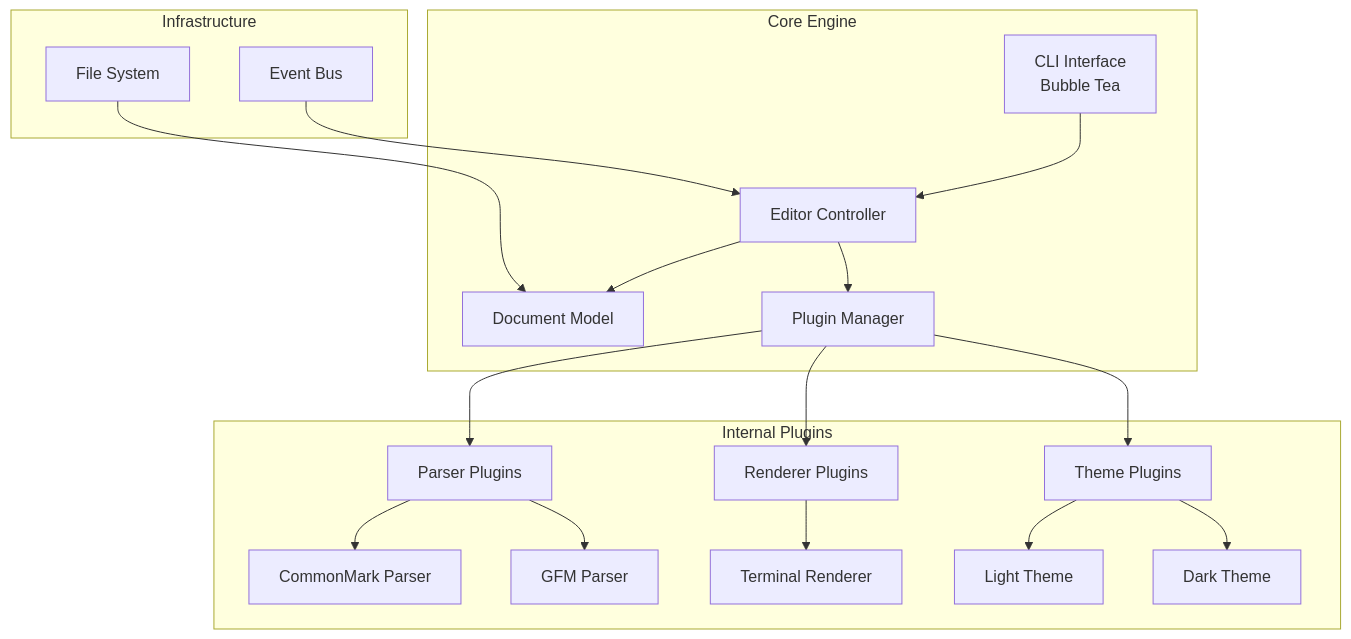
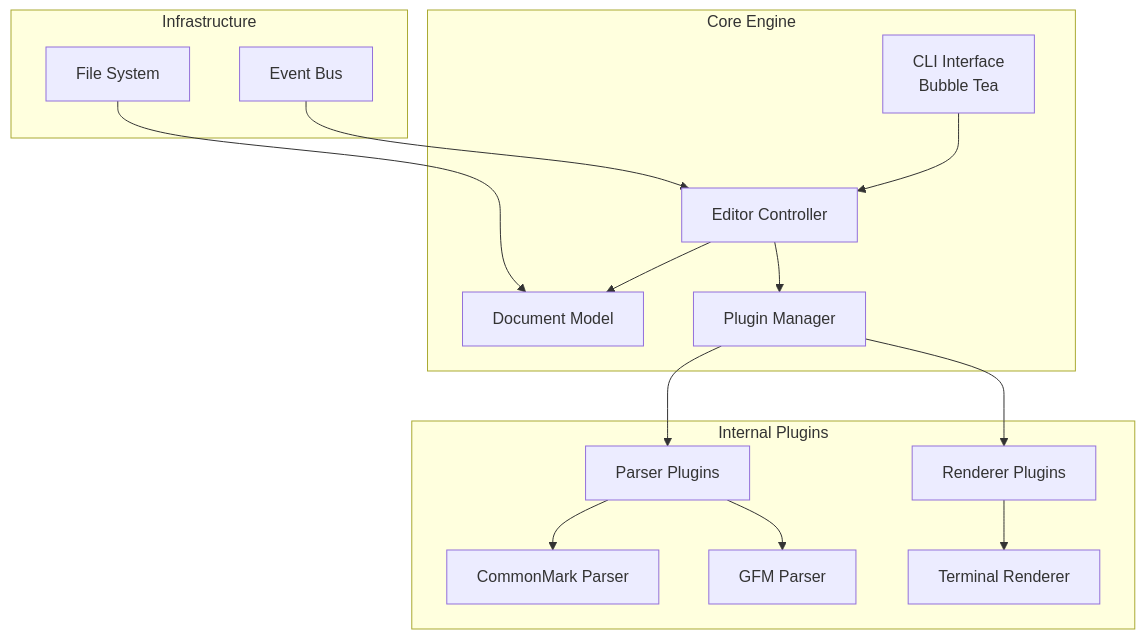
Before and after one commit to ofriw/mde: the first of 2 diagrams in SPEC.md, drawn with Mermaid. The commit also changed other lines of this file and 4 other files, not shown here.

````diff
--- a/SPEC.md
+++ b/SPEC.md
@@ -8,27 +8,23 @@
 ```mermaid
 graph TB
     subgraph "Core Engine"
         A[CLI Interface<br/>Bubble Tea] --> B[Editor Controller]
         B --> C[Document Model]
         B --> D[Plugin Manager]
     end
     
     subgraph "Internal Plugins"
         D --> E[Parser Plugins]
         D --> F[Renderer Plugins]
-        D --> G[Theme Plugins]
         
         E --> E1[CommonMark Parser]
         E --> E2[GFM Parser]
         
         F --> F1[Terminal Renderer]
-        
-        G --> G1[Light Theme]
-        G --> G2[Dark Theme]
     end
     
     subgraph "Infrastructure"
         H[Event Bus] --> B
         I[File System] --> C
     end
 ```
````
